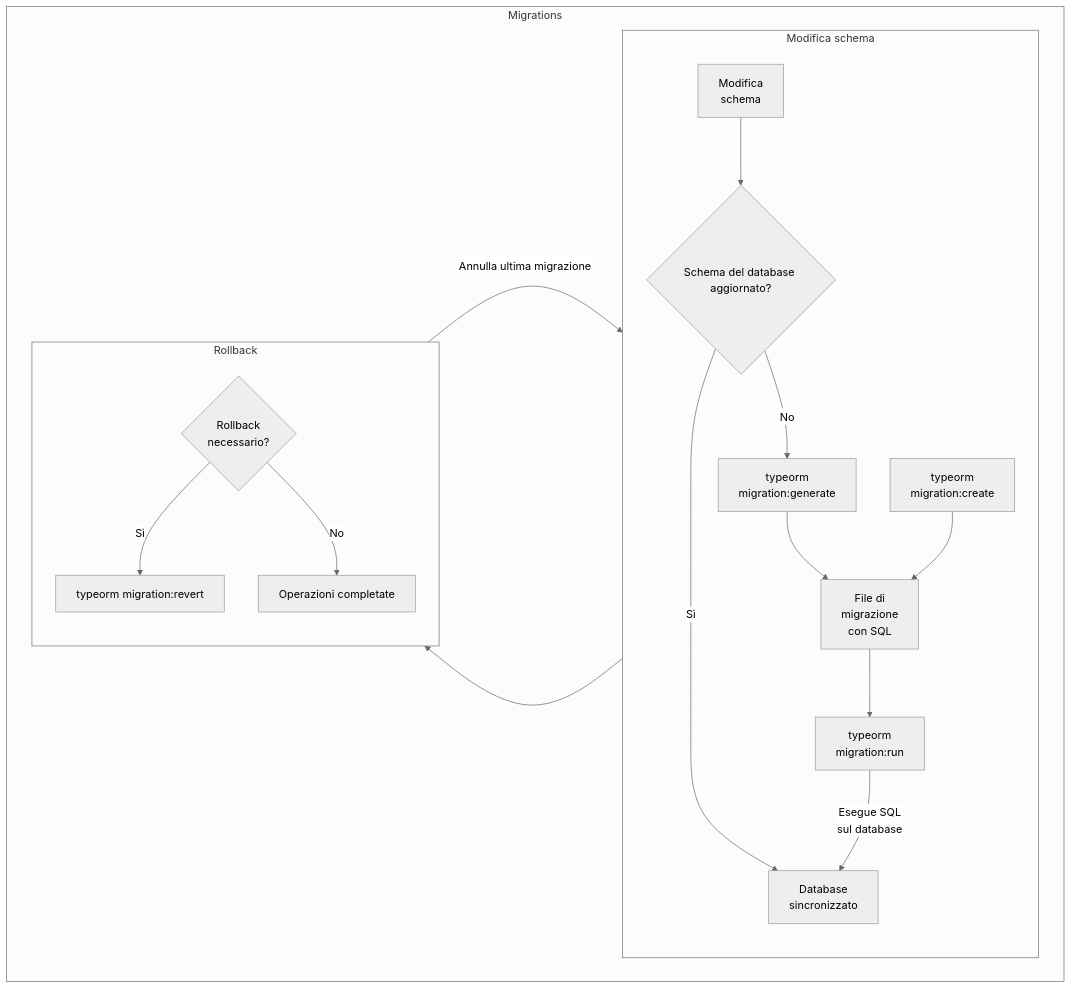
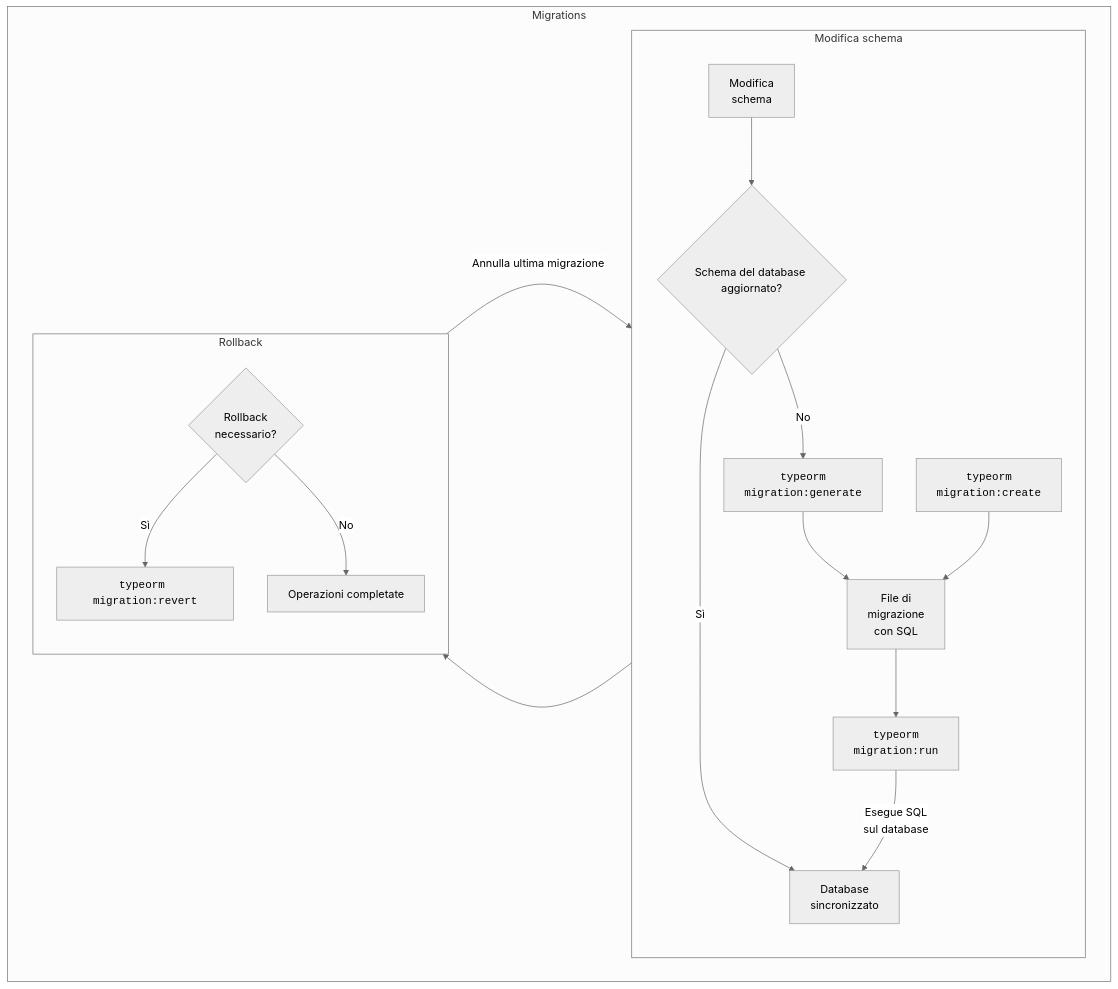
One commit to iacobucci/tesi-triennale changed the sixth of 6 diagrams in 2-descrizione_delle_tecnologie.md. Above: the diagram before and after it, drawn with Mermaid. The commit also changed other lines of this file and 3 other files, not shown here.

````diff
--- a/2-descrizione_delle_tecnologie.md
+++ b/2-descrizione_delle_tecnologie.md
@@ -532,33 +539,35 @@
 ```mermaid {height=6.3cm}
 %%{init: {'theme': 'neutral', 'mirrorActors': false} }%%
 graph LR
 	subgraph Migrations
 		direction LR
 	subgraph Modifica schema
 		direction TB
 		A[Modifica
 		schema] --> B{Schema del database aggiornato?}
 		B -- No --> C[typeorm
 		migration:generate]
 		C --> D[File di
 		migrazione
 		con SQL]
 		AA[typeorm
 		migration:create] --> D
 		D --> E[typeorm
 		migration:run]
 		B -- Sì --> F[Database
 		sincronizzato]
 	end
 	subgraph Rollback
 		direction TB
 		E --Esegue SQL
 		sul database--> F
 		F --> G{Rollback
 		necessario?}
 		G -- Sì --> H[typeorm migration:revert]
 		H -->|Annulla ultima migrazione| F
 		G -- No --> I[Operazioni completate]
 	end
 	end
+	classDef code font-family: monospace;
+	class C,AA,E,H, code
 ```
````
